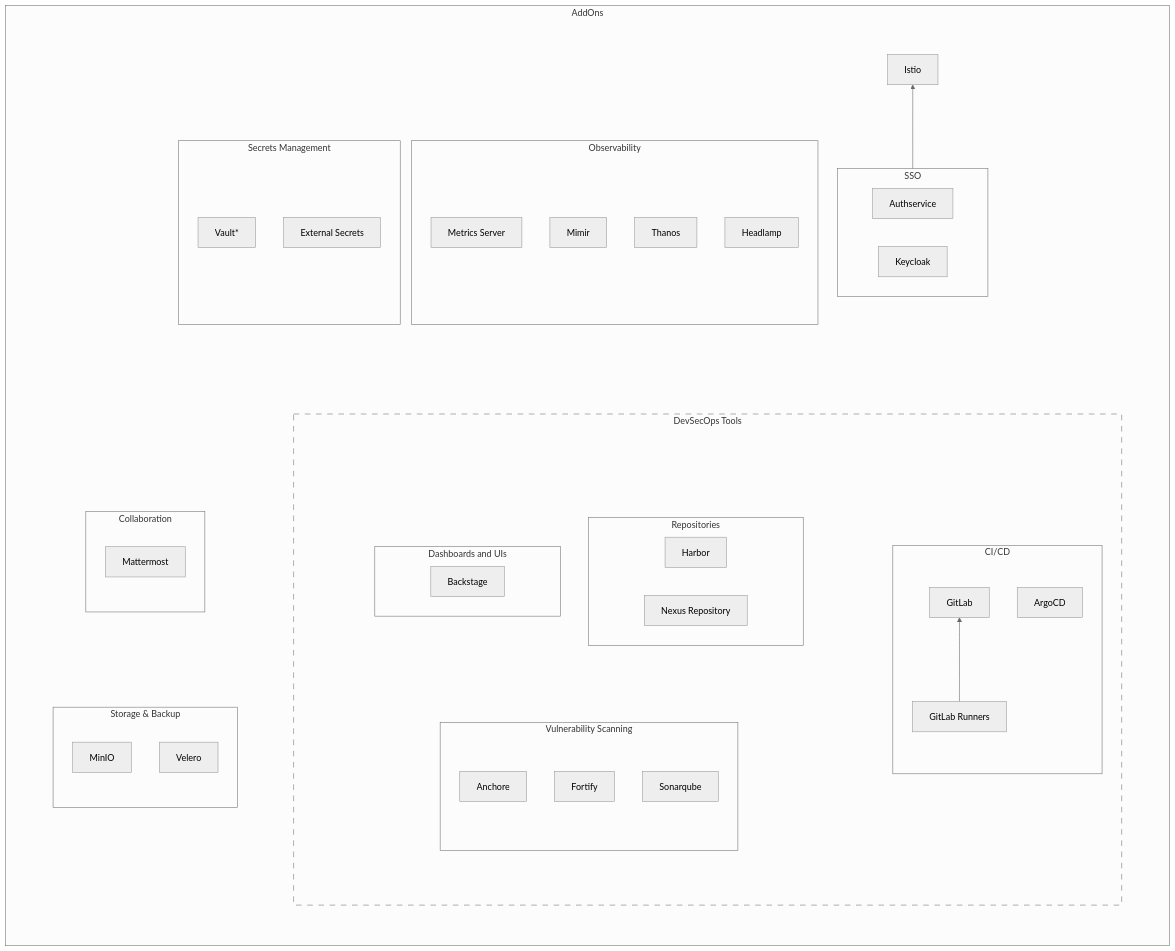
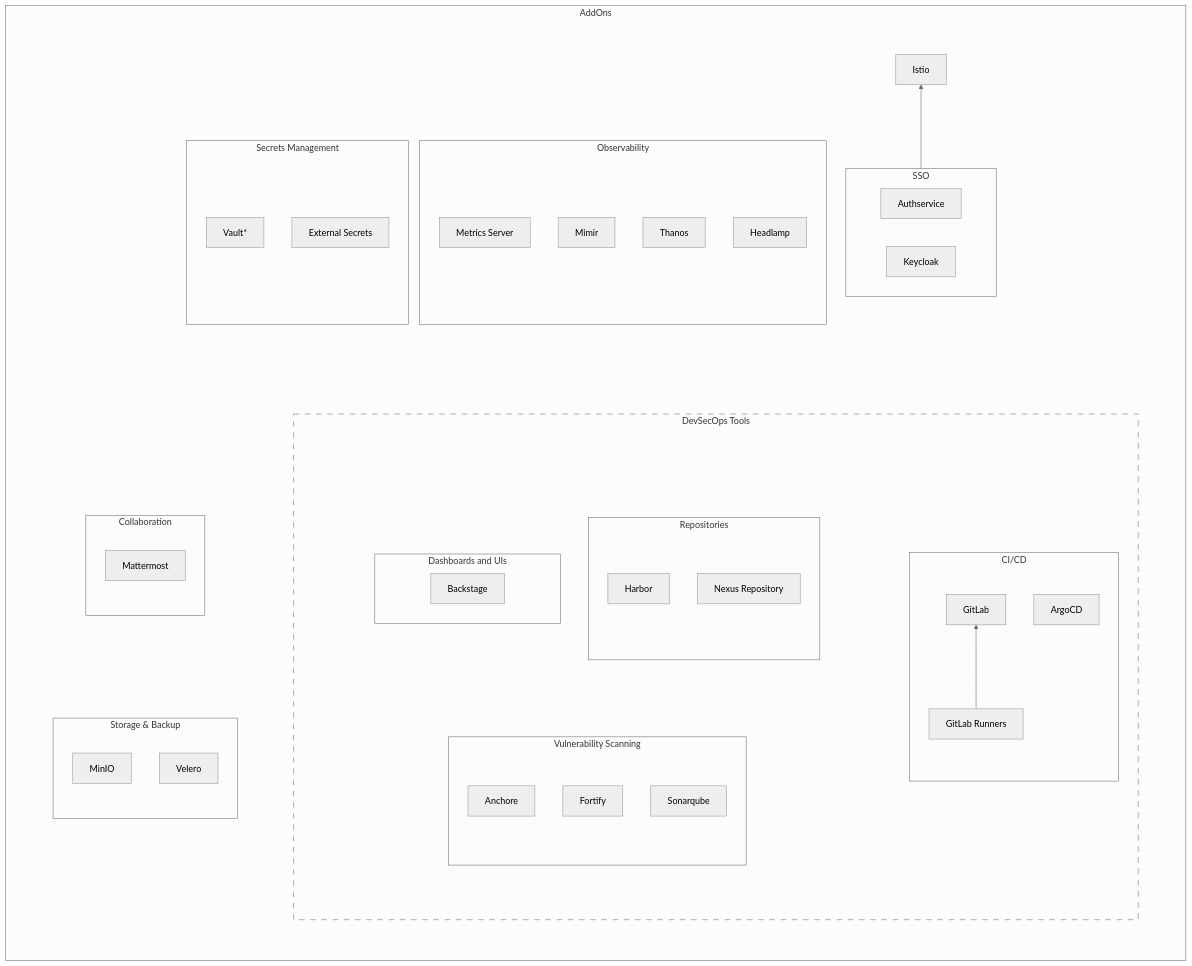
Before and after one commit to shebashio/bigbang: the second of 2 diagrams in docs/understanding-bigbang/package-architecture/README.md, drawn with Mermaid (neutral theme).

Commit message:
formatting

```diff
--- a/docs/understanding-bigbang/package-architecture/README.md
+++ b/docs/understanding-bigbang/package-architecture/README.md
@@ -140,7 +140,7 @@
           style DT-2 fill:transparent,stroke:transparent
           direction BT
             subgraph Repo[Repositories]
-            direction LR
+            direction BT
               Harbor
               Nexus[Nexus Repository]
             end
```
